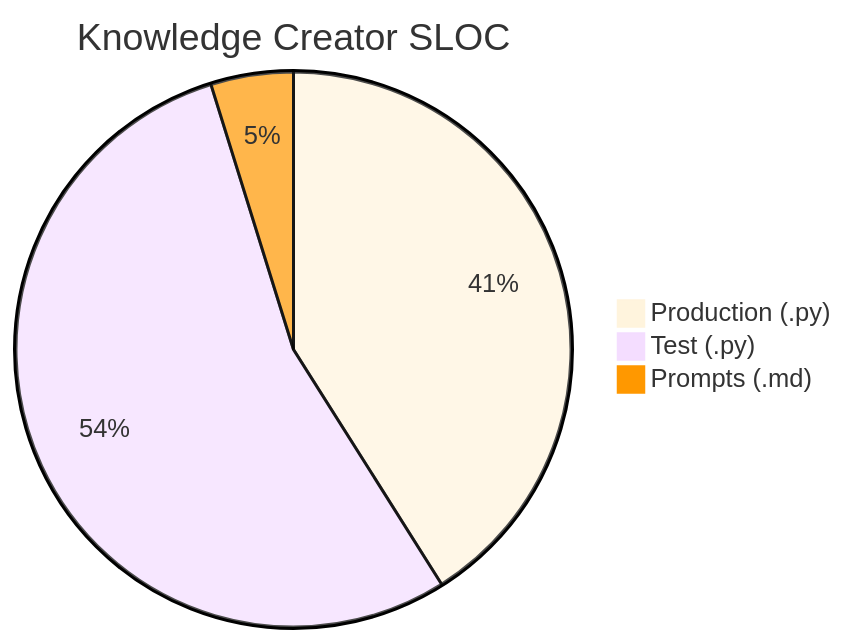
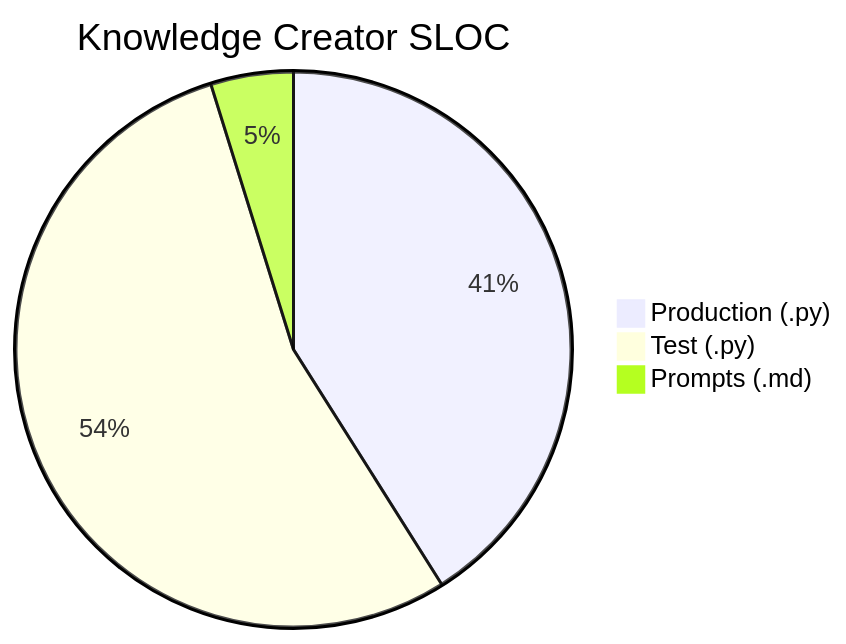
One commit to nablarch/nabledge-dev changed the tenth of 14 diagrams in docs/metrics.md. Above: the diagram before and after it, drawn with Mermaid. The commit also changed other lines of this file and 1 other file, not shown here.

````diff
--- a/docs/metrics.md
+++ b/docs/metrics.md
@@ -136,7 +135,6 @@
 ```mermaid
-%%{init: {'theme': 'base', 'themeVariables': {'pie3': '#FF9800'}}}%%
 pie title Knowledge Creator SLOC
   "Production (.py)" : 4347
   "Test (.py)" : 5736
   "Prompts (.md)" : 509
 ```
````
